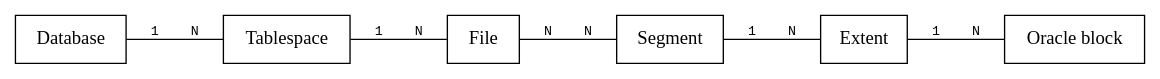
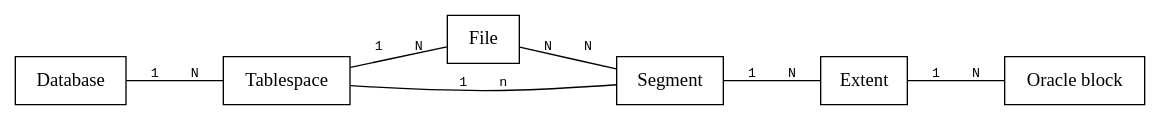
The diagram in sistemas-gestores-bbdd-asir2/apuntes/1/asgbd-1-usuarios-privilegios-roles.org (overdrive80/apuntes-clase), drawn with Graphviz before and after one commit. The commit also changed other lines of this file and 4 other files, not shown here.

```diff
--- a/sistemas-gestores-bbdd-asir2/apuntes/1/asgbd-1-usuarios-privilegios-roles.org
+++ b/sistemas-gestores-bbdd-asir2/apuntes/1/asgbd-1-usuarios-privilegios-roles.org
@@ -73,15 +73,18 @@
 #+begin_src dot :file ./media/conceptos-almacenamiento.svg :exports results :cmdline -Tsvg
 graph{
   //graph [nodesep=0.5, ranksep=0.5]
   node[ shape="box"]
   edge[fontname="courier", fontsize="10"]
   splines=true
   rankdir="LR"
 
   Database -- Tablespace [label="1    N"]
   Tablespace -- File[label="1    N"]
   File -- Segment [label="N    N"]
   Segment -- Extent [label="1    N"]
   Extent -- "Oracle block" [label="1    N"]
+
+  Segment -- Tablespace[label="1    n"]
+
 }
 #+end_src
```
